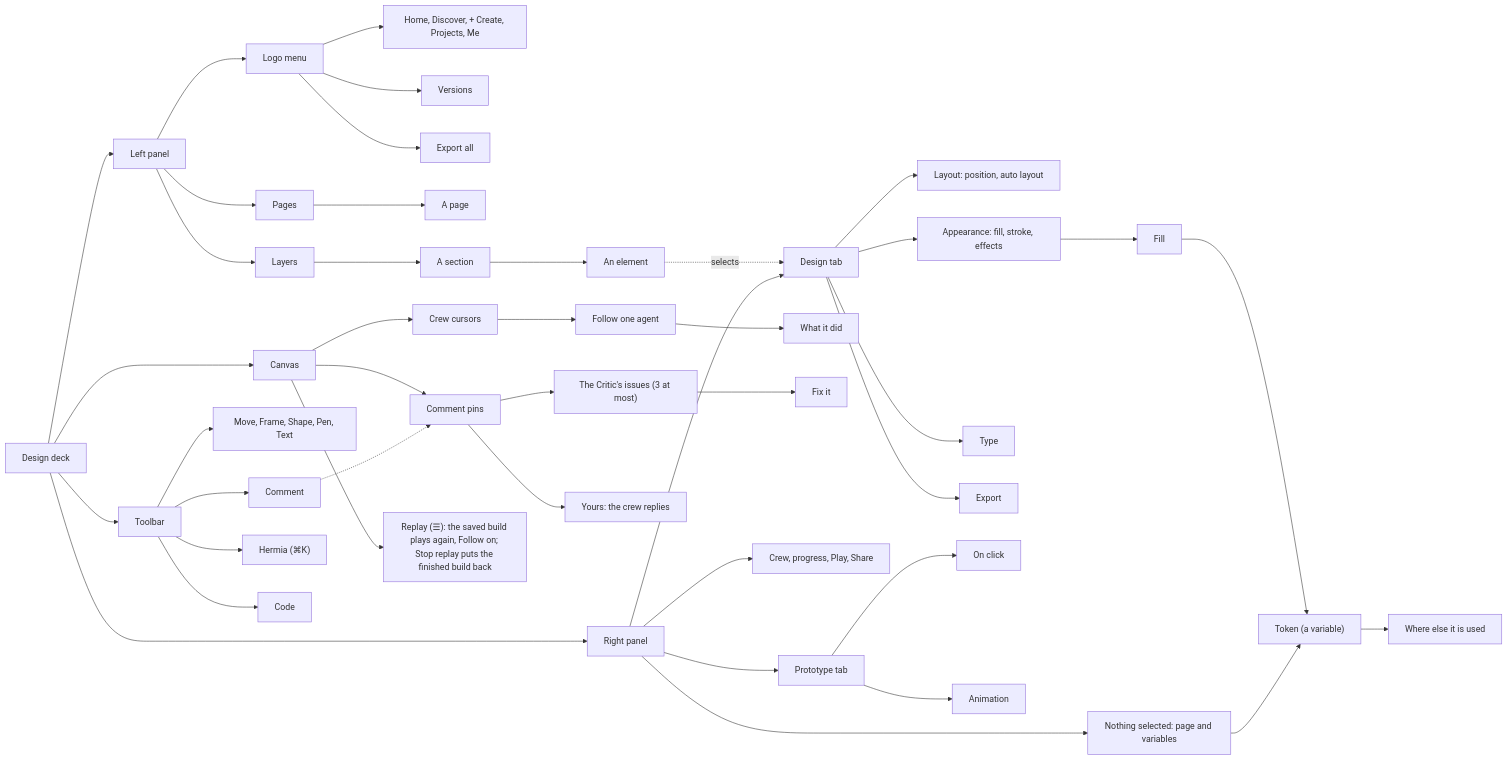
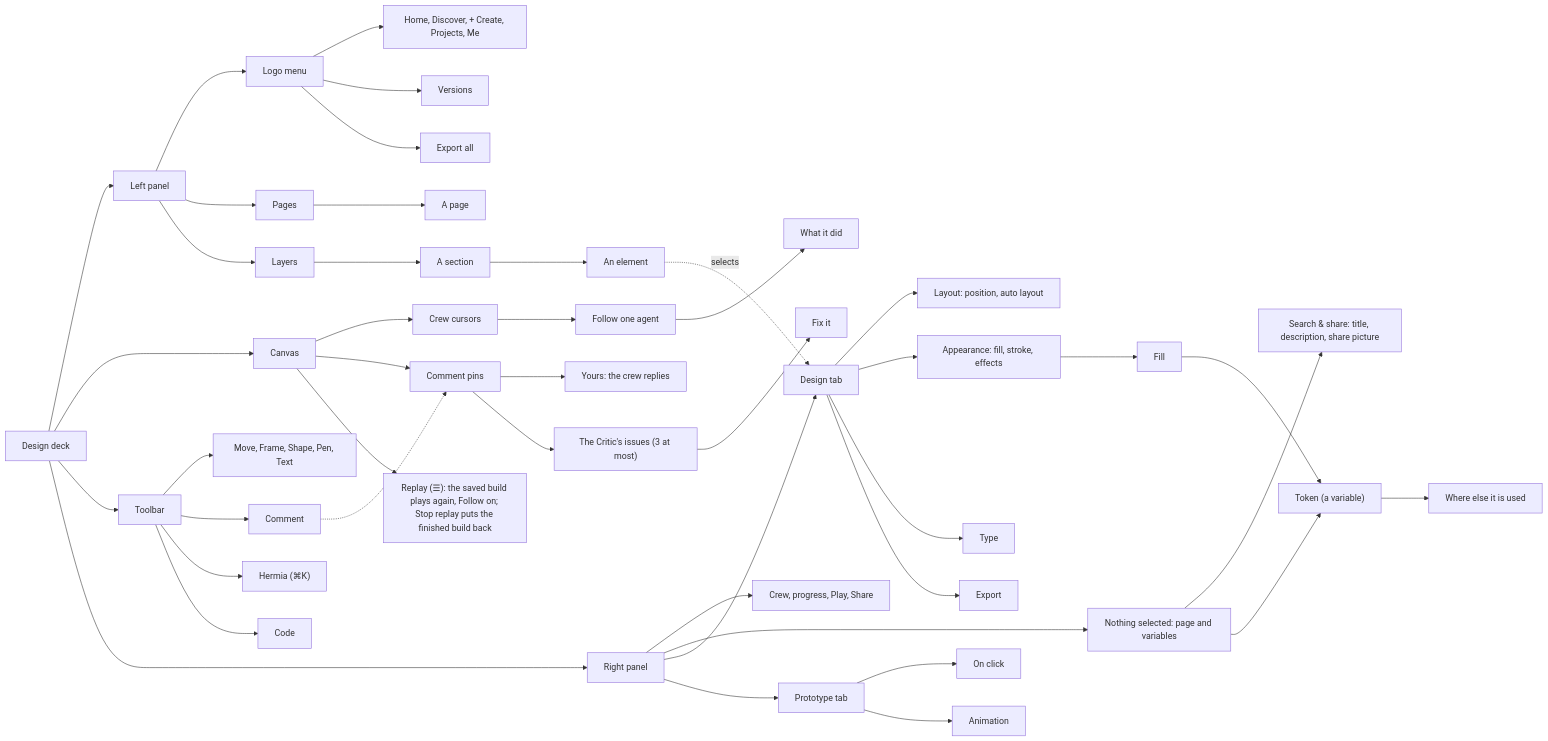
Before and after one commit to Pukujan/swarm-studio: diagram 12 of 26 in docs/ux/SITEMAP.md, drawn with Mermaid. The commit also changed 19 other files, not shown here.

First line of the commit message:
Search and share: every build ships its own SEO, the crew writes, checks and improves it

````diff
--- a/docs/ux/SITEMAP.md
+++ b/docs/ux/SITEMAP.md
@@ -364,44 +364,45 @@
 ```mermaid
 flowchart LR
   DD[Design deck] --> LP[Left panel]
   DD --> CV[Canvas]
   DD --> TB[Toolbar]
   DD --> RP[Right panel]
   LP --> LM[Logo menu]
   LP --> PG[Pages]
   LP --> LY[Layers]
   LM --> LM1["Home, Discover, + Create, Projects, Me"]
   LM --> LM2[Versions]
   LM --> LM3[Export all]
   PG --> PA[A page]
   LY --> SC[A section]
   SC --> EL[An element]
   EL -.->|selects| DT
   CV --> CU[Crew cursors]
   CV --> PIN[Comment pins]
   CU --> FO[Follow one agent]
   CV --> RPL["Replay (☰): the saved build plays again, Follow on; Stop replay puts the finished build back"]
   FO --> TR[What it did]
   PIN --> YT["Yours: the crew replies"]
   PIN --> CI["The Critic's issues (3 at most)"]
   CI --> FX[Fix it]
   TB --> T1["Move, Frame, Shape, Pen, Text"]
   TB --> T2[Comment]
   TB --> T3["Hermia (⌘K)"]
   TB --> T4[Code]
   T2 -.-> PIN
   RP --> TOP["Crew, progress, Play, Share"]
   RP --> NS["Nothing selected: page and variables"]
+  NS --> SEO["Search & share: title, description, share picture"]
   RP --> DT[Design tab]
   RP --> PT[Prototype tab]
   DT --> LA["Layout: position, auto layout"]
   DT --> AP["Appearance: fill, stroke, effects"]
   DT --> TY[Type]
   DT --> EX[Export]
   AP --> FI[Fill]
   FI --> TK["Token (a variable)"]
   NS --> TK
   TK --> TU[Where else it is used]
   PT --> OC[On click]
   PT --> AN[Animation]
 ```
````
